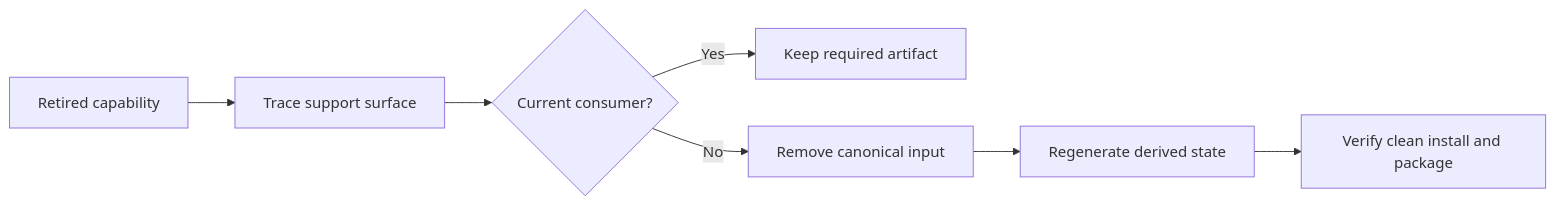
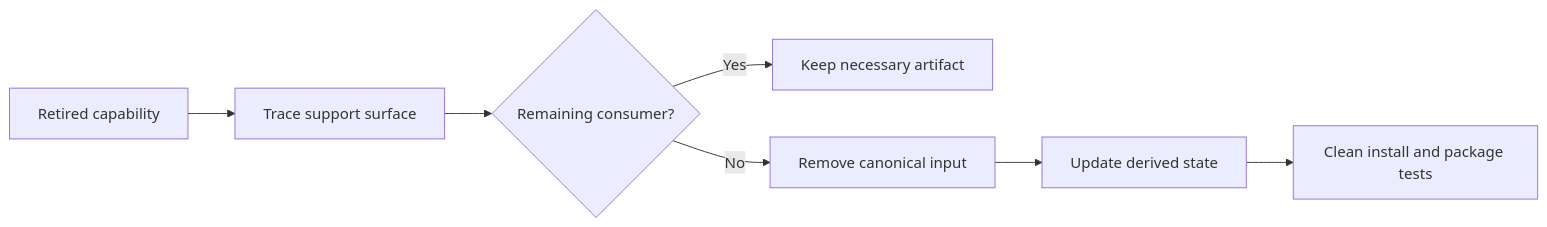
The diagram in docs/principles/details/p089-delete-obsolete-configuration-and-dependencies.md (HomericIntelligence/Athena), drawn with Mermaid before and after one commit. The commit also changed other lines of this file and 91 other files, not shown here.

````diff
--- a/docs/principles/details/p089-delete-obsolete-configuration-and-dependencies.md
+++ b/docs/principles/details/p089-delete-obsolete-configuration-and-dependencies.md
@@ -38,9 +38,9 @@
 ```mermaid
 flowchart LR
     A["Retired capability"] --> B["Trace support surface"]
-    B --> C{"Current consumer?"}
-    C -->|Yes| D["Keep required artifact"]
+    B --> C{"Remaining consumer?"}
+    C -->|Yes| D["Keep necessary artifact"]
     C -->|No| E["Remove canonical input"]
-    E --> F["Regenerate derived state"]
-    F --> G["Verify clean install and package"]
+    E --> F["Update derived state"]
+    F --> G["Clean install and package tests"]
 ```
````
